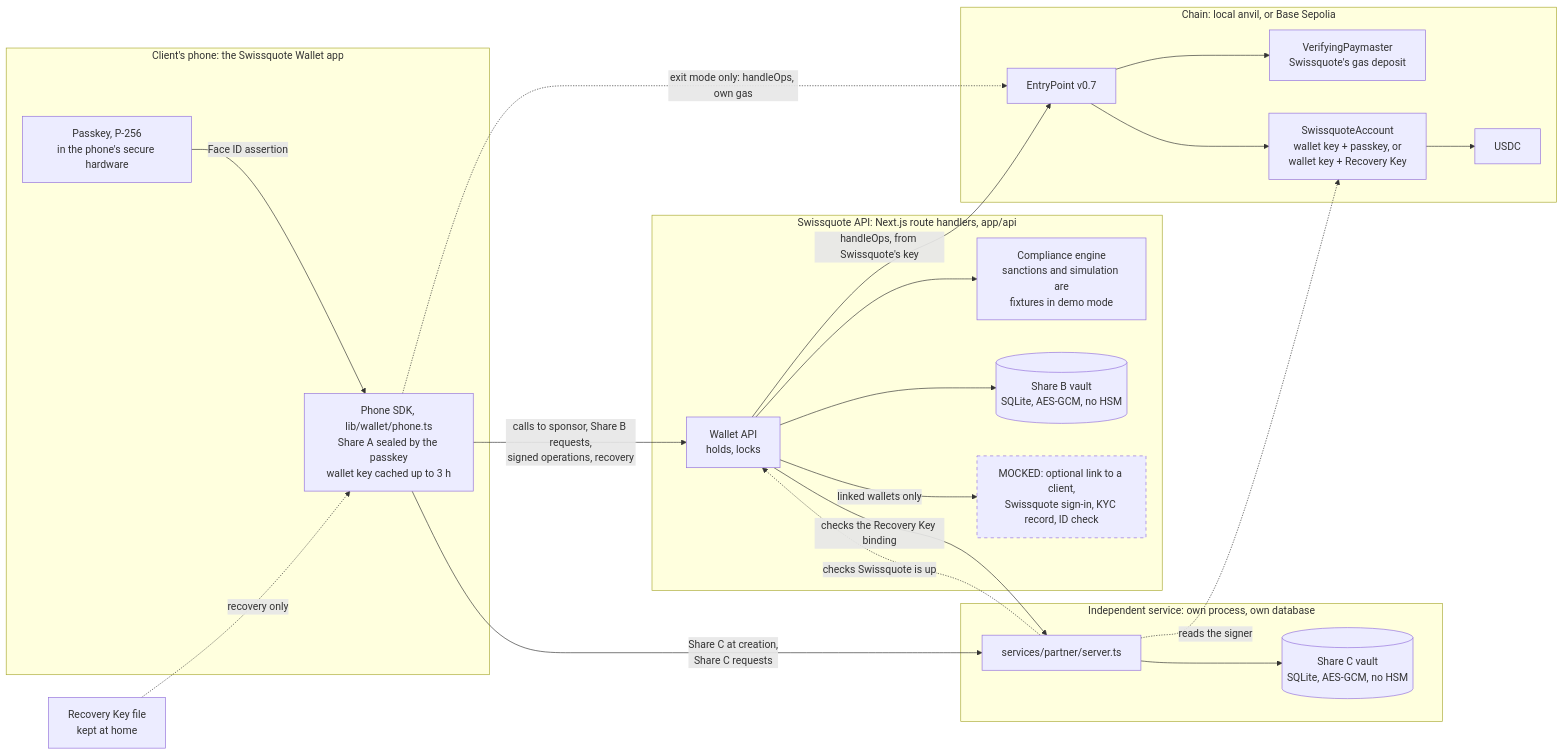
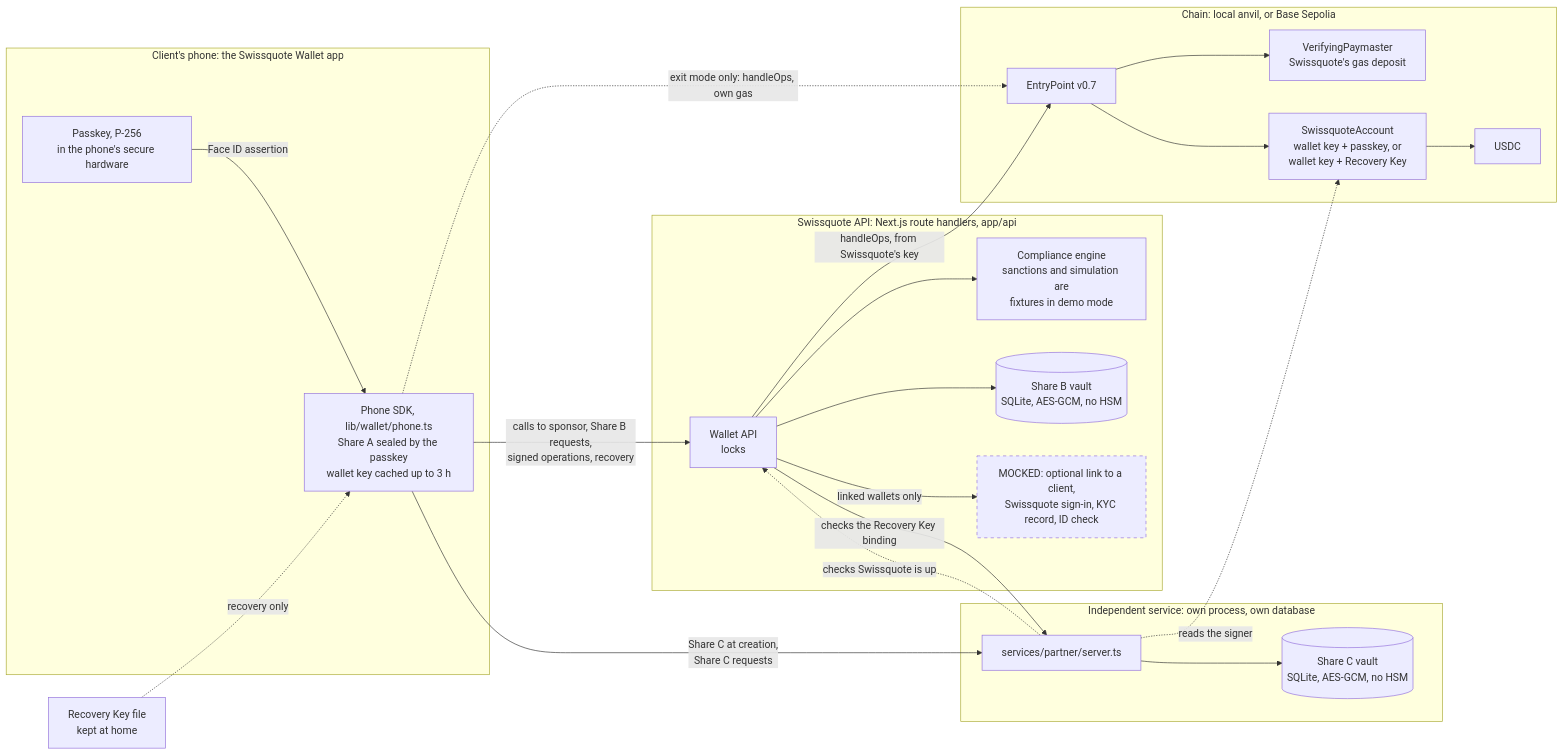
The diagram in README.md (elazdi-al/bsa-the-hackathon), drawn with Mermaid before and after one commit. The commit also changed other lines of this file and 47 other files, not shown here.

````diff
--- a/README.md
+++ b/README.md
@@ -94,46 +91,46 @@
 ```mermaid
 flowchart LR
   subgraph phone["Client's phone: the Swissquote Wallet app"]
     sdk["Phone SDK, lib/wallet/phone.ts<br/>Share A sealed by the passkey<br/>wallet key cached up to 3 h"]
     pk["Passkey, P-256<br/>in the phone's secure hardware"]
   end
   rk["Recovery Key file<br/>kept at home"]
 
   subgraph sq["Swissquote API: Next.js route handlers, app/api"]
-    api["Wallet API<br/>holds, locks"]
+    api["Wallet API<br/>locks"]
     comp["Compliance engine<br/>sanctions and simulation are<br/>fixtures in demo mode"]
     vb[("Share B vault<br/>SQLite, AES-GCM, no HSM")]
     kyc["MOCKED: optional link to a client,<br/>Swissquote sign-in, KYC record, ID check"]:::mock
   end
 
   subgraph ind["Independent service: own process, own database"]
     partner["services/partner/server.ts"]
     vc[("Share C vault<br/>SQLite, AES-GCM, no HSM")]
   end
 
   subgraph chain["Chain: local anvil, or Base Sepolia"]
     ep["EntryPoint v0.7"]
     pay["VerifyingPaymaster<br/>Swissquote's gas deposit"]
     acc["SwissquoteAccount<br/>wallet key + passkey, or<br/>wallet key + Recovery Key"]
     usdc["USDC"]
   end
 
   pk -- "Face ID assertion" --> sdk
   rk -. "recovery only" .-> sdk
   sdk -- "calls to sponsor, Share B requests,<br/>signed operations, recovery" --> api
   sdk -- "Share C at creation,<br/>Share C requests" --> partner
   api --> comp
   api --> vb
   api -- "linked wallets only" --> kyc
   api -- "checks the Recovery Key binding" --> partner
   partner -. "checks Swissquote is up" .-> api
   partner --> vc
   api -- "handleOps, from Swissquote's key" --> ep
   ep --> pay
   ep --> acc
   acc --> usdc
   partner -. "reads the signer" .-> acc
   sdk -. "exit mode only: handleOps, own gas" .-> ep
 
   classDef mock stroke-dasharray: 5 5
 ```
````
